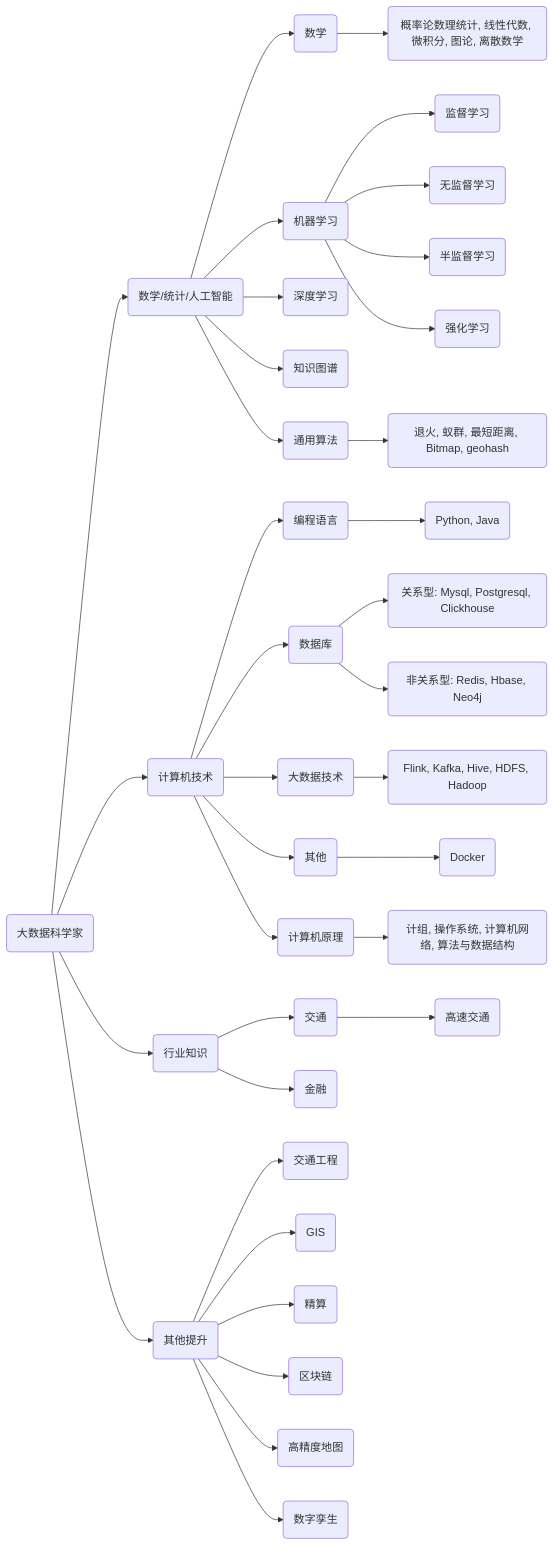
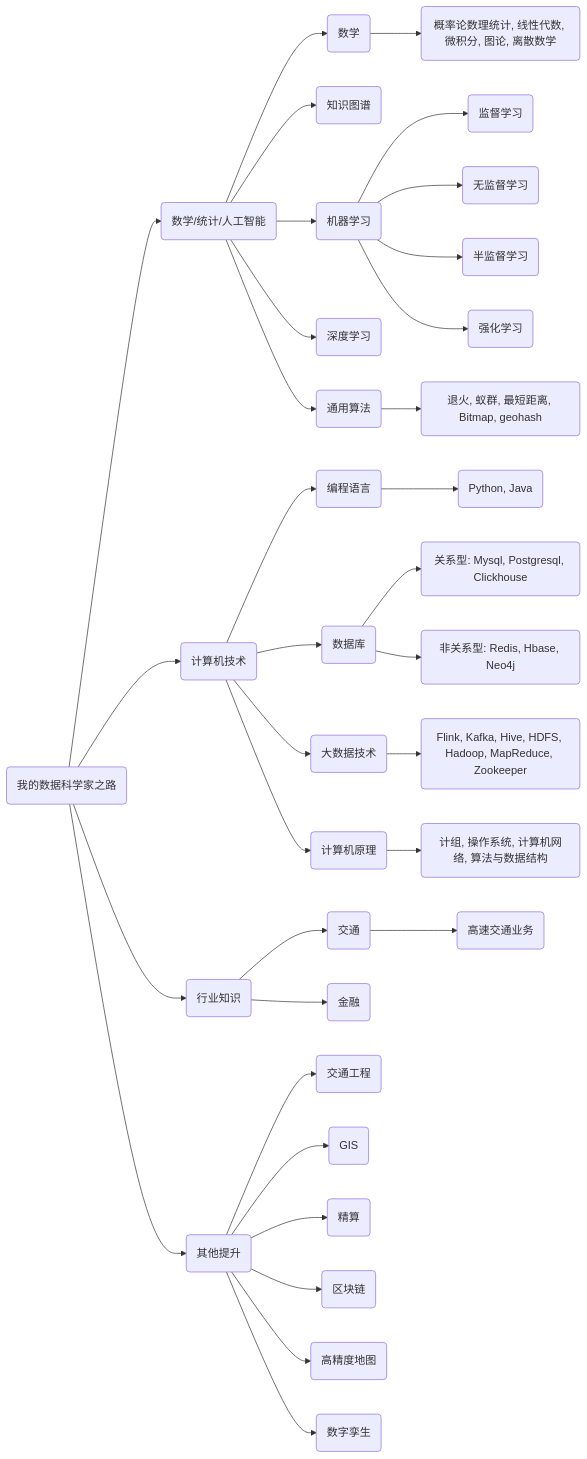
One commit to SpiritGit/SpiritGit.github.io changed the diagram in articles/non-tech/WayToDataScientist数据科学家之路.md. Above: the diagram before and after it, drawn with Mermaid. The commit also changed 18 other files, not shown here.

Commit message:
wxz/20220619 更新图片

````diff
--- a/articles/non-tech/WayToDataScientist数据科学家之路.md
+++ b/articles/non-tech/WayToDataScientist数据科学家之路.md
@@ -8,63 +8,60 @@
 ```mermaid
 	graph LR
 
-	0(大数据科学家)
+	0(我的数据科学家之路)
 
 	0-->A(数学/统计/人工智能)
 
 	A-->A1(数学)
-	A-->A2(机器学习)
-	A-->A3(深度学习)
-	A-->A4(知识图谱)
+	A-->A2(知识图谱)
+	A-->A3(机器学习)
+	A-->A4(深度学习)
 	A-->A5(通用算法)
 
 	A1-->A11(概率论数理统计, 线性代数, 微积分, 图论, 离散数学)
 
-	A2-->A21(监督学习)
-	A2-->A22(无监督学习)
-	A2-->A23(半监督学习)
-	A2-->A24(强化学习)
+	A3-->A31(监督学习)
+	A3-->A32(无监督学习)
+	A3-->A33(半监督学习)
+	A3-->A34(强化学习)
 
 	A5-->A51(退火, 蚁群, 最短距离, Bitmap, geohash)
 
 
 
 	0-->B(计算机技术)
 
 	B-->B1(编程语言)
 	B-->B2(数据库)
 	B-->B3(大数据技术)
-	B-->B4(其他)
-	B-->B5(计算机原理)
+	B-->B4(计算机原理)
 
 	B1-->B11(Python, Java)
 	
 	B2-->B21(关系型: Mysql, Postgresql, Clickhouse)
 	B2-->B22(非关系型: Redis, Hbase, Neo4j)
 	
-	B3-->B31(Flink, Kafka, Hive, HDFS, Hadoop)
+	B3-->B31(Flink, Kafka, Hive, HDFS, Hadoop, MapReduce, Zookeeper)
 	
-	B4-->B41(Docker)
-	
-	B5-->B51(计组, 操作系统, 计算机网络, 算法与数据结构)
+	B4-->B41(计组, 操作系统, 计算机网络, 算法与数据结构)
 
 	
 
 	0-->C(行业知识)
 
 	C-->C1(交通)
 	C-->C2(金融)
 
-	C1-->C11(高速交通)
+	C1-->C11(高速交通业务)
 
-
+	
 
 	0-->D(其他提升)
 	
 	D-->D11(交通工程)
 	D-->D12(GIS)
 	D-->D13(精算)
 	D-->D14(区块链)
 	D-->D15(高精度地图)
 	D-->D16(数字孪生)
 ```
````
